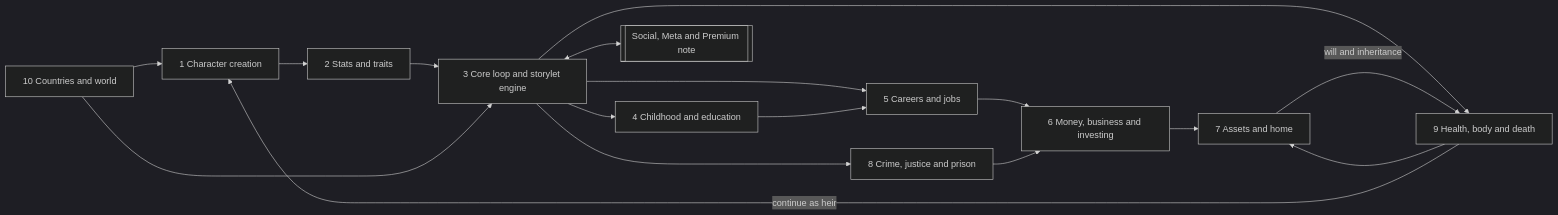
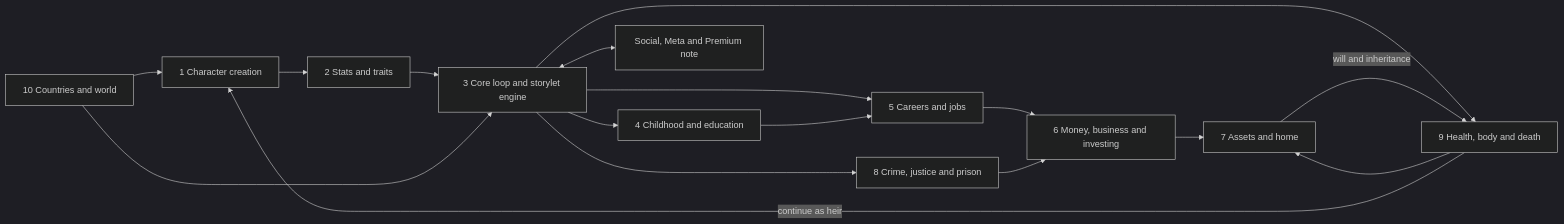
The first of 4 diagrams in docs/phase-1/04 App Breakdown - Core Life Systems.md (ZWITG/agent-weave-workbench), drawn with Mermaid (dark theme) before and after one commit. The commit also changed other lines of this file and 16 other files, not shown here.

````diff
--- a/docs/phase-1/04 App Breakdown - Core Life Systems.md
+++ b/docs/phase-1/04 App Breakdown - Core Life Systems.md
@@ -54,19 +56,19 @@
 ```mermaid
 flowchart LR
     CC[1 Character creation] --> ST[2 Stats and traits]
     ST --> CL[3 Core loop and storylet engine]
     W[10 Countries and world] --> CC
     W --> CL
     CL --> ED[4 Childhood and education]
     CL --> CA[5 Careers and jobs]
     CL --> CR[8 Crime, justice and prison]
     CL --> HE[9 Health, body and death]
     ED --> CA
     CA --> MO[6 Money, business and investing]
     MO --> AS[7 Assets and home]
     CR --> MO
     HE --> AS
     AS -->|will and inheritance| HE
     HE -->|continue as heir| CC
-    CL <--> SOC[[Social, Meta and Premium note]]
+    CL <--> SOC["Social, Meta and Premium note"]
 ```
````
